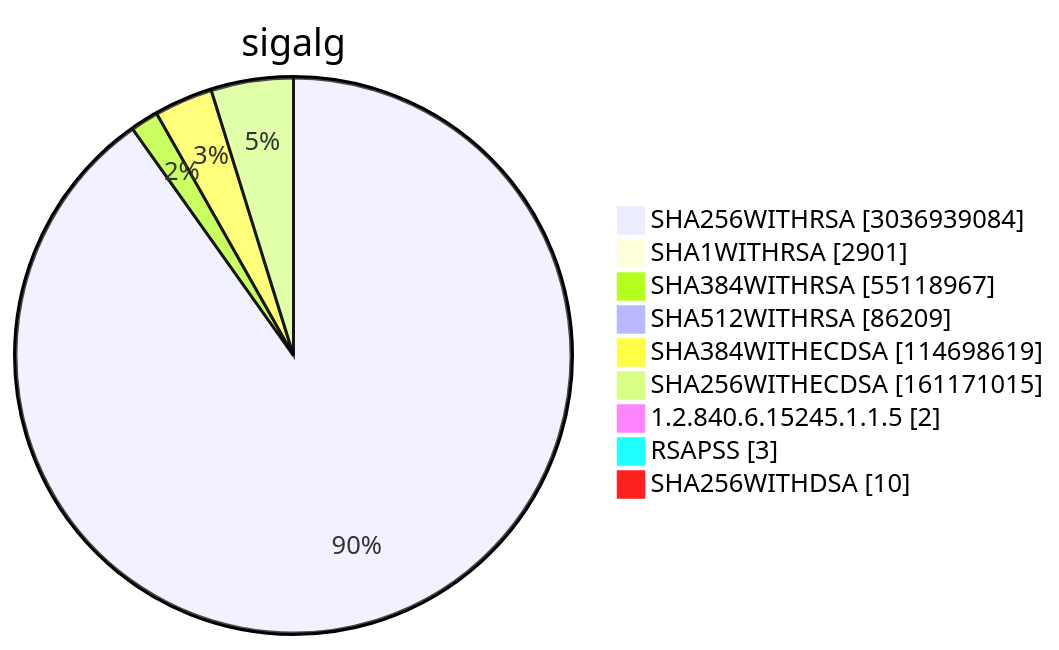
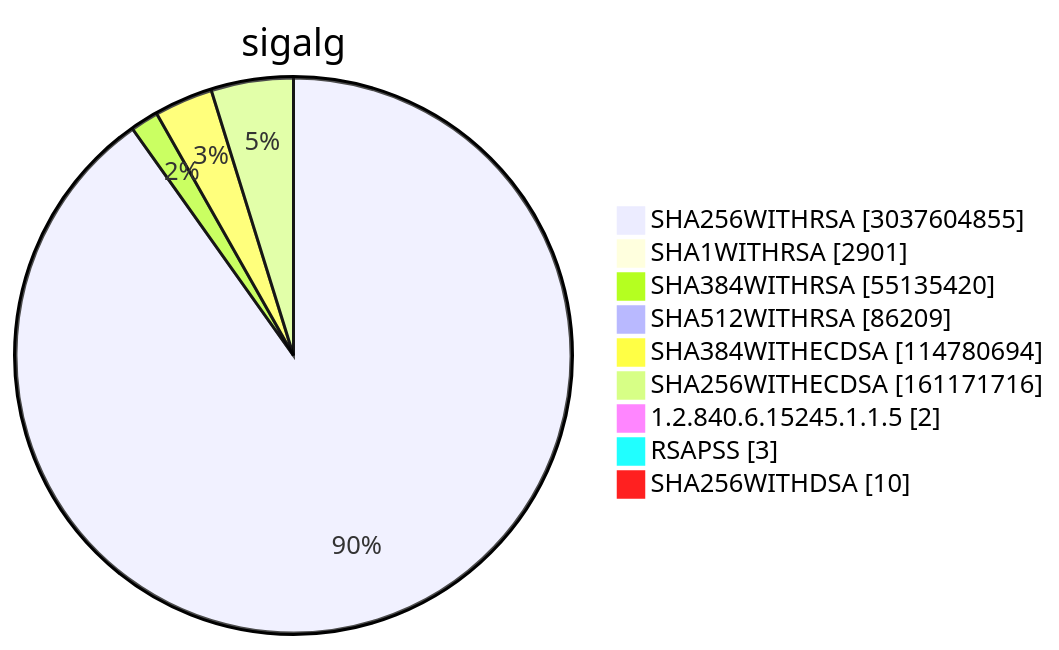
Diagram 15 of 15 in TOTAL/README.md (christiankrug/ctmonitor_visualization), drawn with Mermaid before and after one commit. The commit also changed other lines of this file, not shown here.

````diff
--- a/TOTAL/README.md
+++ b/TOTAL/README.md
@@ -6208,13 +6208,13 @@
 ```mermaid
 pie showData
 title sigalg
-"SHA256WITHRSA" :3036939084
+"SHA256WITHRSA" :3037604855
 "SHA1WITHRSA" :2901
-"SHA384WITHRSA" :55118967
+"SHA384WITHRSA" :55135420
 "SHA512WITHRSA" :86209
-"SHA384WITHECDSA" :114698619
-"SHA256WITHECDSA" :161171015
+"SHA384WITHECDSA" :114780694
+"SHA256WITHECDSA" :161171716
 "1.2.840.6.15245.1.1.5" :2
 "RSAPSS" :3
 "SHA256WITHDSA" :10
 ```
````
